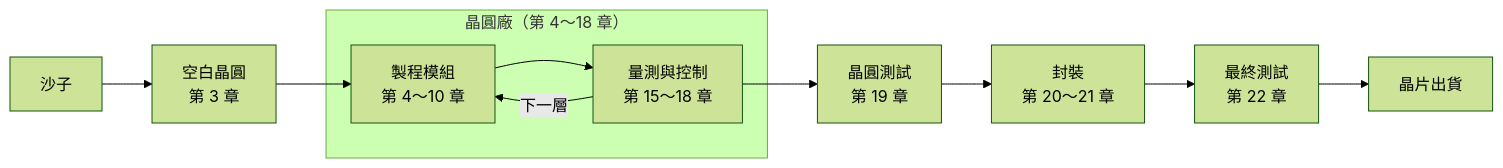
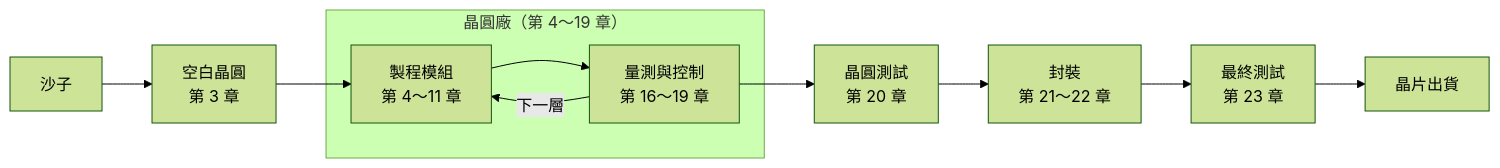
One commit to chenwei810/Semiconductor_Manufacturing_Introduction changed the diagram in zh-TW/README.md. Above: the diagram before and after it, drawn with Mermaid (forest theme). The commit also changed other lines of this file and 180 other files, not shown here.

````diff
--- a/zh-TW/README.md
+++ b/zh-TW/README.md
@@ -57,13 +57,13 @@
 ```mermaid
 flowchart LR
     S["沙子"] --> W["空白晶圓<br>第 3 章"]
-    subgraph FAB["晶圓廠（第 4～18 章）"]
-        M["製程模組<br>第 4～10 章"] --> Q["量測與控制<br>第 15～18 章"]
+    subgraph FAB["晶圓廠（第 4～19 章）"]
+        M["製程模組<br>第 4～11 章"] --> Q["量測與控制<br>第 16～19 章"]
         Q -- "下一層" --> M
     end
     W --> M
-    Q --> T["晶圓測試<br>第 19 章"]
-    T --> P["封裝<br>第 20～21 章"]
-    P --> F["最終測試<br>第 22 章"]
+    Q --> T["晶圓測試<br>第 20 章"]
+    T --> P["封裝<br>第 21～22 章"]
+    P --> F["最終測試<br>第 23 章"]
     F --> C["晶片出貨"]
 ```
````
